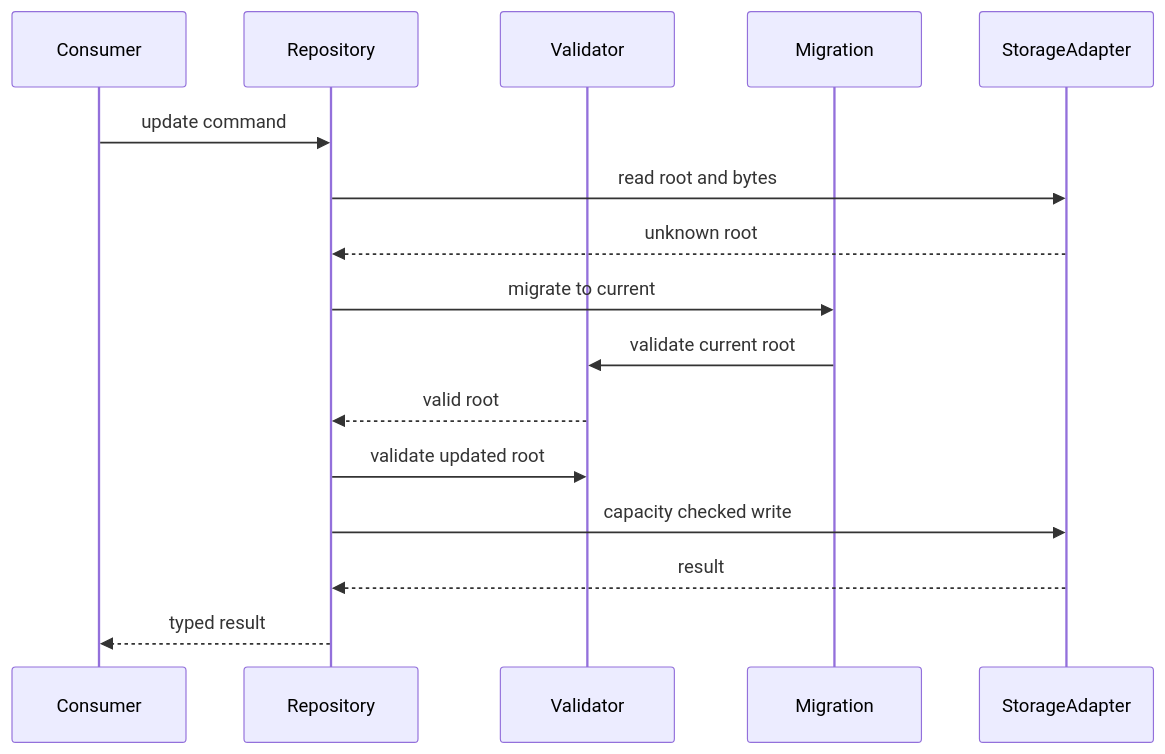
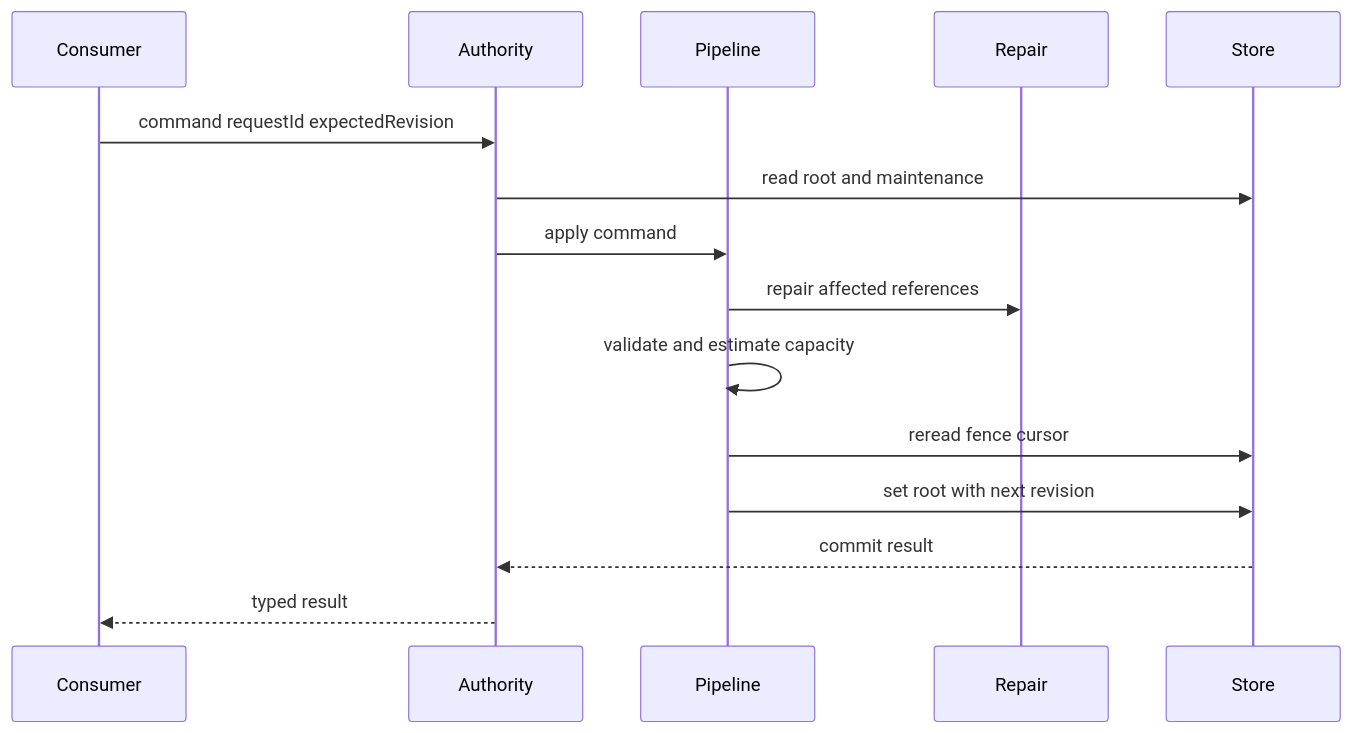
The second of 4 diagrams in .kiro/specs/local-data-foundation/design.md (Huruikagi/pc-build-planner), drawn with Mermaid before and after one commit. The commit also changed other lines of this file and 4 other files, not shown here.

````diff
--- a/.kiro/specs/local-data-foundation/design.md
+++ b/.kiro/specs/local-data-foundation/design.md
@@ -102,18 +129,17 @@
 ```mermaid
 sequenceDiagram
     participant Consumer
-    participant Repo as Repository
-    participant Validate as Validator
-    participant Migrate as Migration
-    participant Store as StorageAdapter
-    Consumer->>Repo: update command
-    Repo->>Store: read root and bytes
-    Store-->>Repo: unknown root
-    Repo->>Migrate: migrate to current
-    Migrate->>Validate: validate current root
-    Validate-->>Repo: valid root
-    Repo->>Validate: validate updated root
-    Repo->>Store: capacity checked write
-    Store-->>Repo: result
-    Repo-->>Consumer: typed result
+    participant Authority
+    participant Pipeline
+    participant Repair
+    participant Store
+    Consumer->>Authority: command requestId expectedRevision
+    Authority->>Store: read root and maintenance
+    Authority->>Pipeline: apply command
+    Pipeline->>Repair: repair affected references
+    Pipeline->>Pipeline: validate and estimate capacity
+    Pipeline->>Store: reread fence cursor
+    Pipeline->>Store: set root with next revision
+    Store-->>Authority: commit result
+    Authority-->>Consumer: typed result
 ```
````
